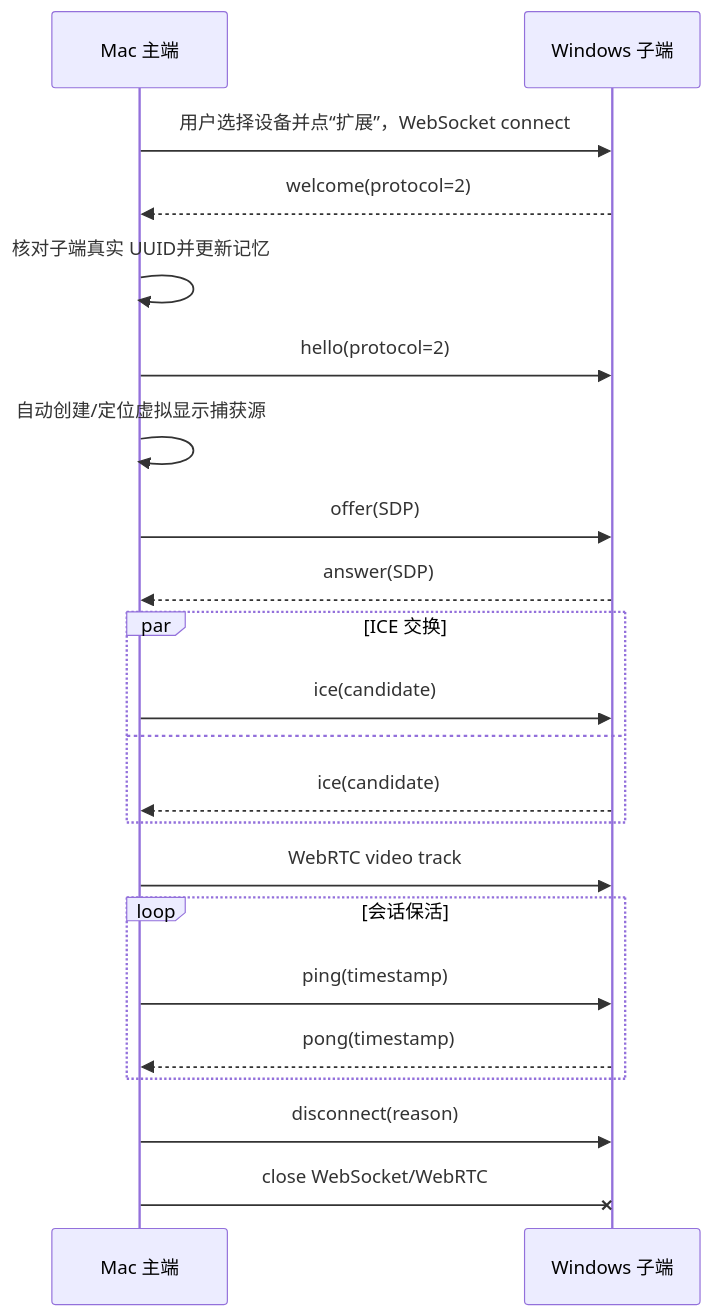
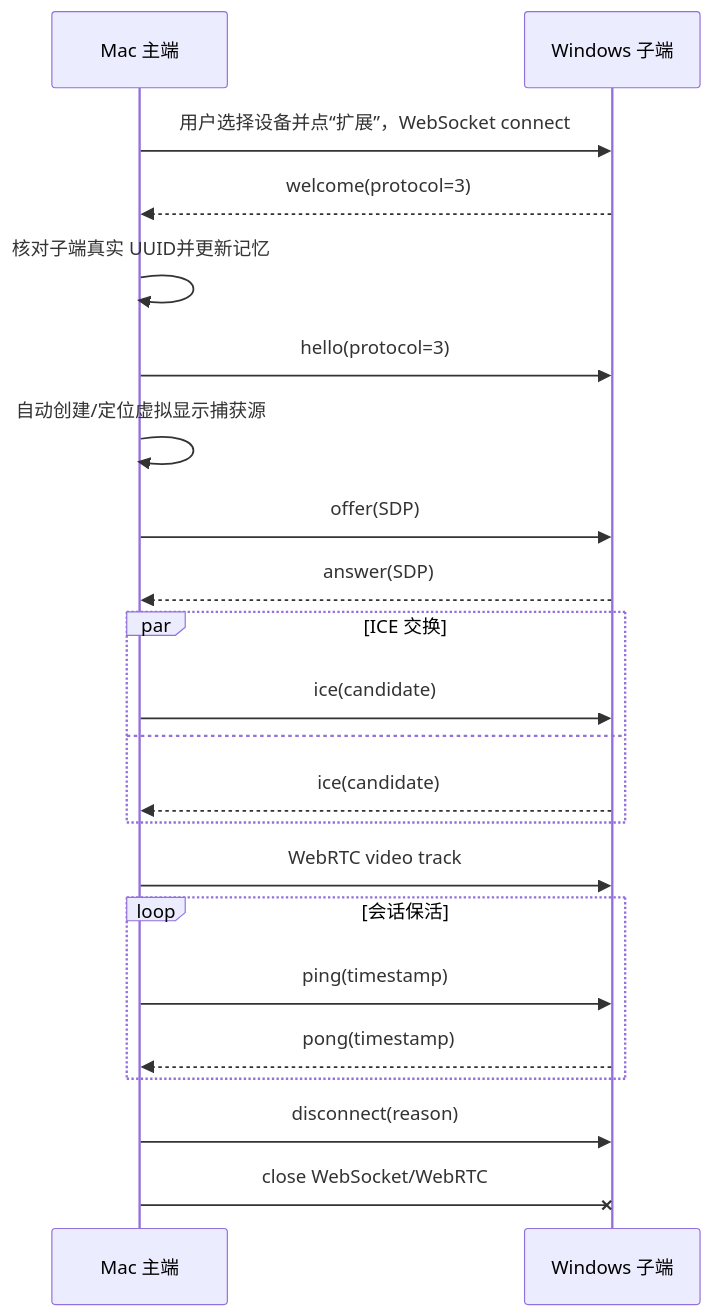
One commit to Modole/LanExtend changed the diagram in docs/protocol.md. Above: the diagram before and after it, drawn with Mermaid. The commit also changed other lines of this file and 29 other files, not shown here.

````diff
--- a/docs/protocol.md
+++ b/docs/protocol.md
@@ -189,24 +222,24 @@
 ```mermaid
 sequenceDiagram
   participant M as Mac 主端
   participant W as Windows 子端
   M->>W: 用户选择设备并点“扩展”，WebSocket connect
-  W-->>M: welcome(protocol=2)
+  W-->>M: welcome(protocol=3)
   M->>M: 核对子端真实 UUID并更新记忆
-  M->>W: hello(protocol=2)
+  M->>W: hello(protocol=3)
   M->>M: 自动创建/定位虚拟显示捕获源
   M->>W: offer(SDP)
   W-->>M: answer(SDP)
   par ICE 交换
     M->>W: ice(candidate)
   and
     W-->>M: ice(candidate)
   end
   M->>W: WebRTC video track
   loop 会话保活
     M->>W: ping(timestamp)
     W-->>M: pong(timestamp)
   end
   M->>W: disconnect(reason)
   M-xW: close WebSocket/WebRTC
 ```
````
